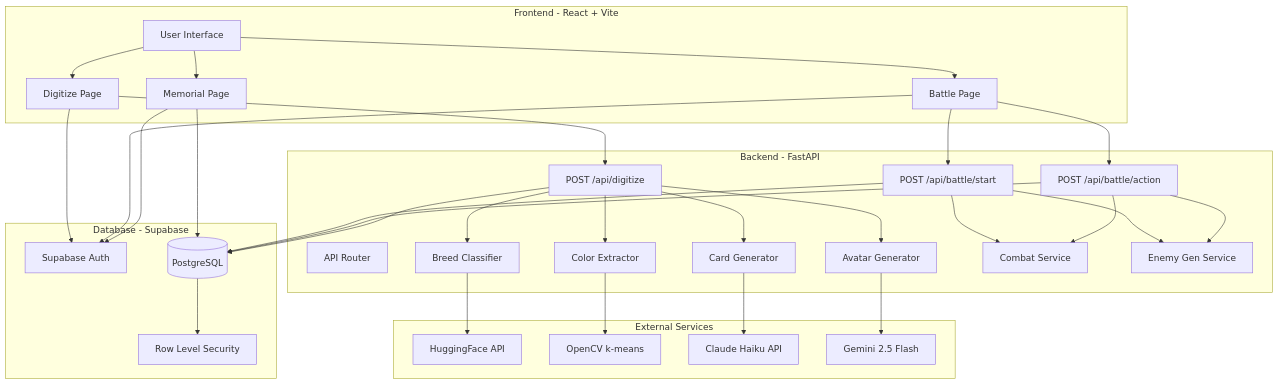
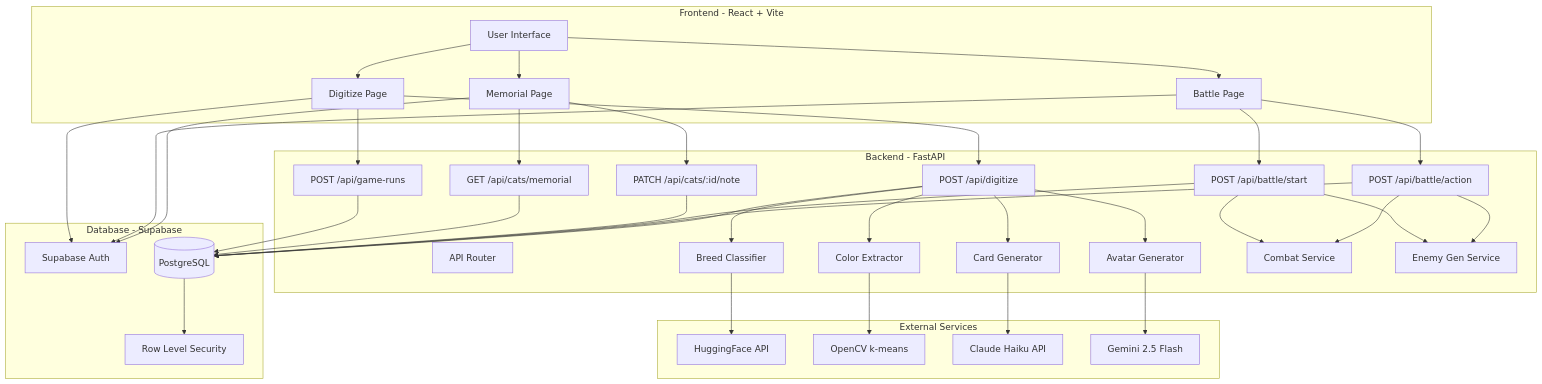
The first of 2 diagrams in .kiro/specs/nine-lives-complete-implementation/design.md (eucaliptuskoala/nine-lives), drawn with Mermaid before and after one commit. The commit also changed other lines of this file and 23 other files, not shown here.

````diff
--- a/.kiro/specs/nine-lives-complete-implementation/design.md
+++ b/.kiro/specs/nine-lives-complete-implementation/design.md
@@ -15,68 +15,77 @@
 ```mermaid
 graph TB
     subgraph "Frontend - React + Vite"
         UI[User Interface]
         DigitizePage[Digitize Page]
         BattlePage[Battle Page]
         MemorialPage[Memorial Page]
     end
 
     subgraph "Backend - FastAPI"
         API[API Router]
         DigitizeEndpoint[POST /api/digitize]
+        GameRunsEndpoint[POST /api/game-runs]
+        MemorialEndpoint[GET /api/cats/memorial]
+        NoteEndpoint[PATCH /api/cats/:id/note]
         BattleStart[POST /api/battle/start]
         BattleAction[POST /api/battle/action]
         Classifier[Breed Classifier]
         ColorExtractor[Color Extractor]
         CardGenerator[Card Generator]
         ImageGenerator[Avatar Generator]
         CombatService[Combat Service]
         EnemyGen[Enemy Gen Service]
     end
 
     subgraph "External Services"
         HF[HuggingFace API]
         CV[OpenCV k-means]
         Claude[Claude Haiku API]
         Gemini[Gemini 2.5 Flash]
     end
 
     subgraph "Database - Supabase"
         Auth[Supabase Auth]
         DB[(PostgreSQL)]
         RLS[Row Level Security]
     end
 
     UI --> DigitizePage
     UI --> BattlePage
     UI --> MemorialPage
 
     DigitizePage --> DigitizeEndpoint
+    DigitizePage --> GameRunsEndpoint
     BattlePage --> BattleStart
     BattlePage --> BattleAction
-    MemorialPage --> DB
+    MemorialPage --> MemorialEndpoint
+    MemorialPage --> NoteEndpoint
+
+    GameRunsEndpoint --> DB
+    MemorialEndpoint --> DB
+    NoteEndpoint --> DB
 
     BattleStart --> CombatService
     BattleStart --> EnemyGen
     BattleStart --> DB
 
     BattleAction --> CombatService
     BattleAction --> EnemyGen
     BattleAction --> DB
 
     DigitizeEndpoint --> Classifier
     DigitizeEndpoint --> ColorExtractor
     DigitizeEndpoint --> CardGenerator
     DigitizeEndpoint --> ImageGenerator
     DigitizeEndpoint --> DB
 
     Classifier --> HF
     ColorExtractor --> CV
     CardGenerator --> Claude
     ImageGenerator --> Gemini
 
     DigitizePage --> Auth
     BattlePage --> Auth
     MemorialPage --> Auth
     DB --> RLS
 ```
````
